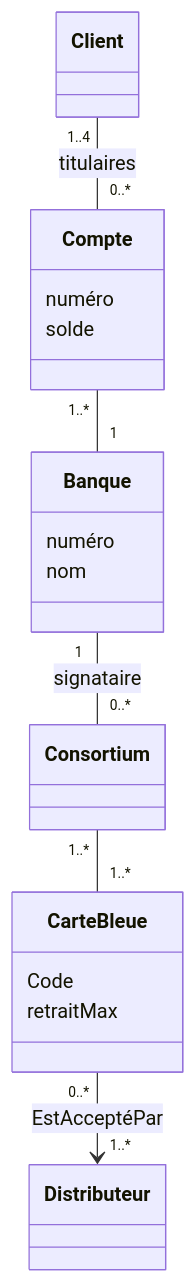
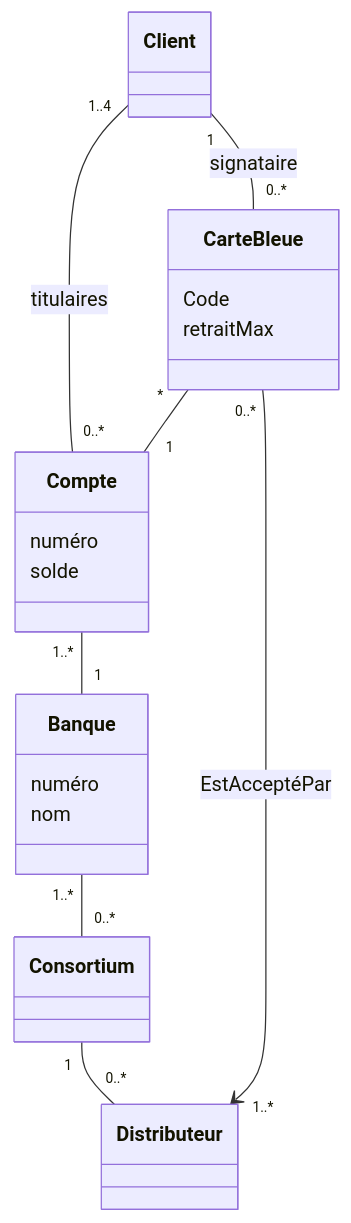
Diagram 15 of 49 in docs/Year 2/Semester 1/ACOO/Cours/acoo-analyse-modele-structurel.md (Yahya8bit/ensi-survival-kit), drawn with Mermaid before and after one commit. The commit also changed other lines of this file, not shown here.

````diff
--- a/docs/Year 2/Semester 1/ACOO/Cours/acoo-analyse-modele-structurel.md
+++ b/docs/Year 2/Semester 1/ACOO/Cours/acoo-analyse-modele-structurel.md
@@ -395,23 +404,25 @@
 ```mermaid
 classDiagram
     class Compte {
         numéro
         solde
     }
     class Banque {
         numéro
         nom
     }
     class Client
     class Consortium
     class CarteBleue {
         Code
         retraitMax
     }
     class Distributeur
     Client "1..4" -- "0..*" Compte : titulaires
+    Client "1" -- "0..*" CarteBleue : signataire
+    CarteBleue "*" -- "1" Compte
     Compte "1..*" -- "1" Banque
-    Banque "1" -- "0..*" Consortium : signataire
-    Consortium "1..*" -- "1..*" CarteBleue
+    Banque "1..*" -- "0..*" Consortium
+    Consortium "1" -- "0..*" Distributeur
     CarteBleue "0..*" --> "1..*" Distributeur : EstAcceptéPar
 ```
````
